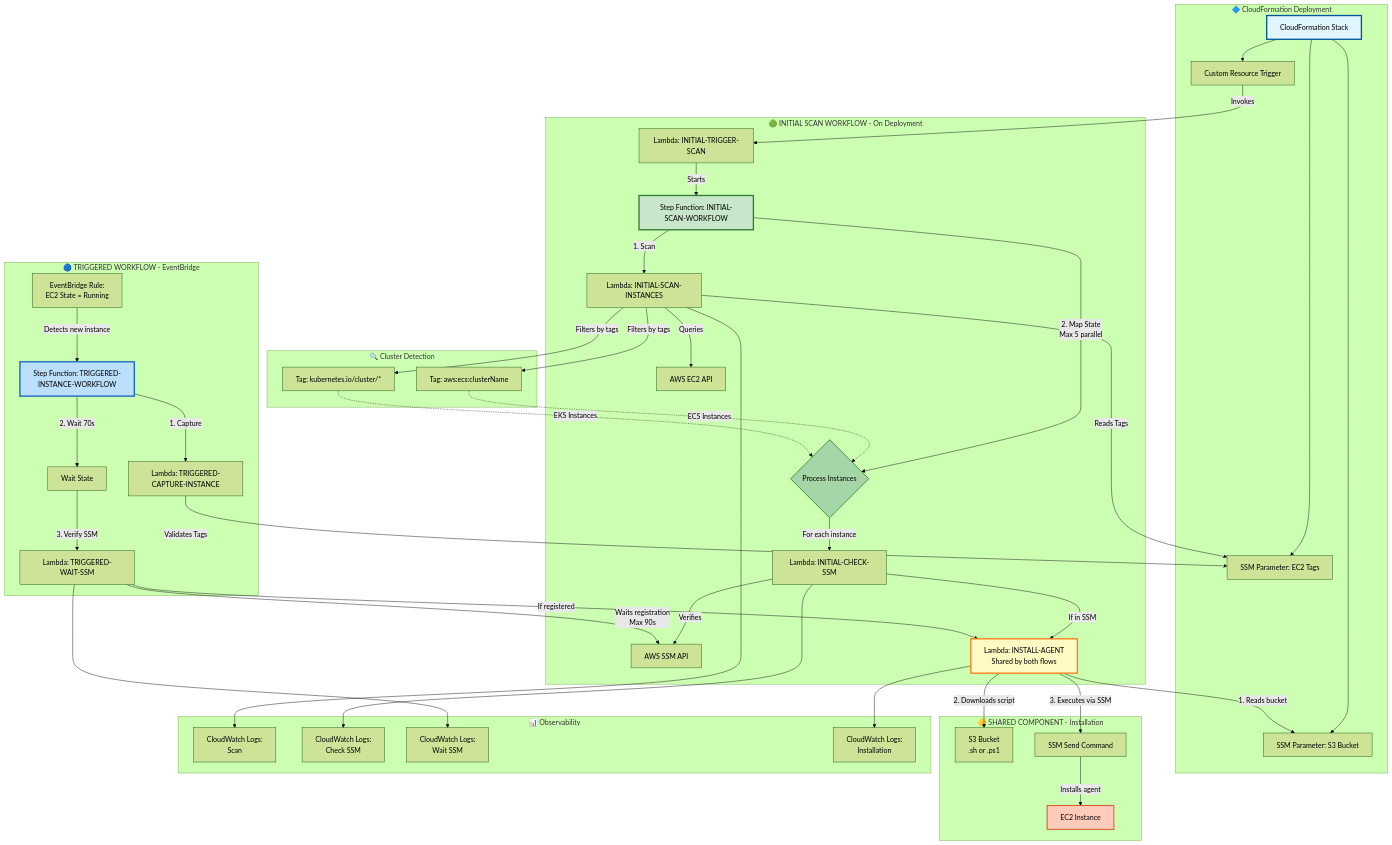
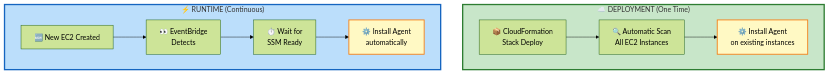
The first of 8 diagrams in ARCHITECTURE.md (alejogaci/AWS_WS_Automate), drawn with Mermaid (forest theme) before and after one commit. The commit also changed other lines of this file, not shown here.

````diff
--- a/ARCHITECTURE.md
+++ b/ARCHITECTURE.md
@@ -5,68 +5,20 @@
 ```mermaid
 graph TB
-    subgraph "🔷 CloudFormation Deployment"
-        CFN[CloudFormation Stack]
-        CFN --> SSM_S3[SSM Parameter: S3 Bucket]
-        CFN --> SSM_TAG[SSM Parameter: EC2 Tags]
-        CFN --> CUSTOM[Custom Resource Trigger]
+    subgraph Deploy["☁️ DEPLOYMENT (One Time)"]
+        CFN[📦 CloudFormation<br/>Stack Deploy]
+        CFN --> SCAN[🔍 Automatic Scan<br/>All EC2 Instances]
+        SCAN --> INSTALL1[⚙️ Install Agent<br/>on existing instances]
     end
 
-    subgraph "🟢 INITIAL SCAN WORKFLOW - On Deployment"
-        CUSTOM -->|Invokes| LAMBDA_TRIGGER[Lambda: INITIAL-TRIGGER-SCAN]
-        LAMBDA_TRIGGER -->|Starts| SF_INITIAL[Step Function: INITIAL-SCAN-WORKFLOW]
-        
-        SF_INITIAL -->|1. Scan| LAMBDA_SCAN[Lambda: INITIAL-SCAN-INSTANCES]
-        LAMBDA_SCAN -->|Reads Tags| SSM_TAG
-        LAMBDA_SCAN -->|Queries| EC2_API[AWS EC2 API]
-        
-        SF_INITIAL -->|2. Map State<br/>Max 5 parallel| MAP_INITIAL{Process Instances}
-        
-        MAP_INITIAL -->|For each instance| LAMBDA_CHECK[Lambda: INITIAL-CHECK-SSM]
-        LAMBDA_CHECK -->|Verifies| SSM_API[AWS SSM API]
-        
-        LAMBDA_CHECK -->|If in SSM| LAMBDA_INSTALL
+    subgraph Runtime["⚡ RUNTIME (Continuous)"]
+        NEW[🆕 New EC2 Created]
+        NEW --> DETECT[👀 EventBridge<br/>Detects]
+        DETECT --> WAIT[⏱️ Wait for<br/>SSM Ready]
+        WAIT --> INSTALL2[⚙️ Install Agent<br/>automatically]
     end
 
-    subgraph "🔵 TRIGGERED WORKFLOW - EventBridge"
-        EB_RULE[EventBridge Rule:<br/>EC2 State = Running]
-        EB_RULE -->|Detects new instance| SF_TRIGGERED[Step Function: TRIGGERED-INSTANCE-WORKFLOW]
-        
-        SF_TRIGGERED -->|1. Capture| LAMBDA_CAPTURE[Lambda: TRIGGERED-CAPTURE-INSTANCE]
-        LAMBDA_CAPTURE -->|Validates Tags| SSM_TAG
-        
-        SF_TRIGGERED -->|2. Wait 70s| WAIT[Wait State]
-        WAIT -->|3. Verify SSM| LAMBDA_WAIT[Lambda: TRIGGERED-WAIT-SSM]
-        LAMBDA_WAIT -->|Waits registration<br/>Max 90s| SSM_API
-        
-        LAMBDA_WAIT -->|If registered| LAMBDA_INSTALL
-    end
-
-    subgraph "🟡 SHARED COMPONENT - Installation"
-        LAMBDA_INSTALL[Lambda: INSTALL-AGENT<br/>Shared by both flows]
-        LAMBDA_INSTALL -->|1. Reads bucket| SSM_S3
-        LAMBDA_INSTALL -->|2. Downloads script| S3[S3 Bucket<br/>.sh or .ps1]
-        LAMBDA_INSTALL -->|3. Executes via SSM| SSM_CMD[SSM Send Command]
-        SSM_CMD -->|Installs agent| EC2_INSTANCE[EC2 Instance]
-    end
-
-    subgraph "🔍 Cluster Detection"
-        LAMBDA_SCAN -->|Filters by tags| ECS_TAG[Tag: aws:ecs:clusterName]
-        LAMBDA_SCAN -->|Filters by tags| EKS_TAG[Tag: kubernetes.io/cluster/*]
-        ECS_TAG -.->|ECS Instances| MAP_INITIAL
-        EKS_TAG -.->|EKS Instances| MAP_INITIAL
-    end
-
-    subgraph "📊 Observability"
-        LAMBDA_SCAN --> CW_SCAN[CloudWatch Logs:<br/>Scan]
-        LAMBDA_CHECK --> CW_CHECK[CloudWatch Logs:<br/>Check SSM]
-        LAMBDA_WAIT --> CW_WAIT[CloudWatch Logs:<br/>Wait SSM]
-        LAMBDA_INSTALL --> CW_INSTALL[CloudWatch Logs:<br/>Installation]
-    end
-
-    style CFN fill:#e1f5ff,stroke:#01579b,stroke-width:3px
-    style SF_INITIAL fill:#c8e6c9,stroke:#2e7d32,stroke-width:3px
-    style SF_TRIGGERED fill:#bbdefb,stroke:#1565c0,stroke-width:3px
-    style LAMBDA_INSTALL fill:#fff9c4,stroke:#f57f17,stroke-width:3px
-    style MAP_INITIAL fill:#a5d6a7,stroke:#388e3c,stroke-width:2px
-    style EC2_INSTANCE fill:#ffccbc,stroke:#d84315,stroke-width:2px
+    style Deploy fill:#c8e6c9,stroke:#2e7d32,stroke-width:3px
+    style Runtime fill:#bbdefb,stroke:#1565c0,stroke-width:3px
+    style INSTALL1 fill:#fff9c4,stroke:#f57f17,stroke-width:2px
+    style INSTALL2 fill:#fff9c4,stroke:#f57f17,stroke-width:2px
 ```
````
